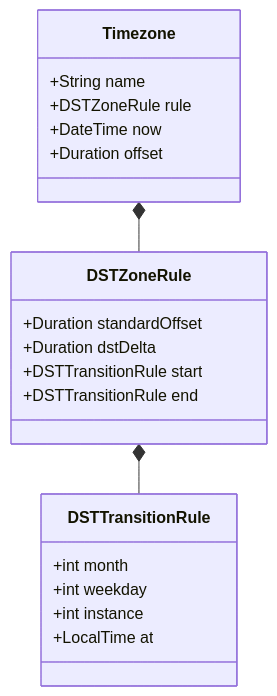
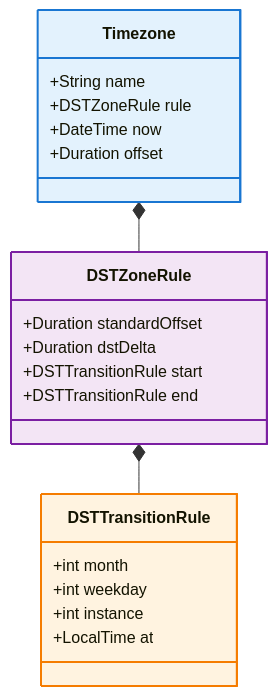
Before and after one commit to pooriaaskarim/logd: the second of 2 diagrams in docs/time/architecture.md, drawn with Mermaid. The commit also changed other lines of this file and 5 other files, not shown here.

First line of the commit message:
Docs: Refactor documentation structure and add diagrams

````diff
--- a/docs/time/architecture.md
+++ b/docs/time/architecture.md
@@ -36,26 +46,30 @@
 ```mermaid
 classDiagram
     class Timezone {
         +String name
         +DSTZoneRule rule
         +DateTime now
         +Duration offset
     }
 
     class DSTZoneRule {
         +Duration standardOffset
         +Duration dstDelta
         +DSTTransitionRule start
         +DSTTransitionRule end
     }
 
     class DSTTransitionRule {
         +int month
         +int weekday
         +int instance
         +LocalTime at
     }
 
     Timezone *-- DSTZoneRule
     DSTZoneRule *-- DSTTransitionRule
+    
+    style Timezone fill:#e3f2fd,stroke:#1976d2,stroke-width:2px
+    style DSTZoneRule fill:#f3e5f5,stroke:#7b1fa2,stroke-width:2px
+    style DSTTransitionRule fill:#fff3e0,stroke:#f57c00,stroke-width:2px
 ```
````
